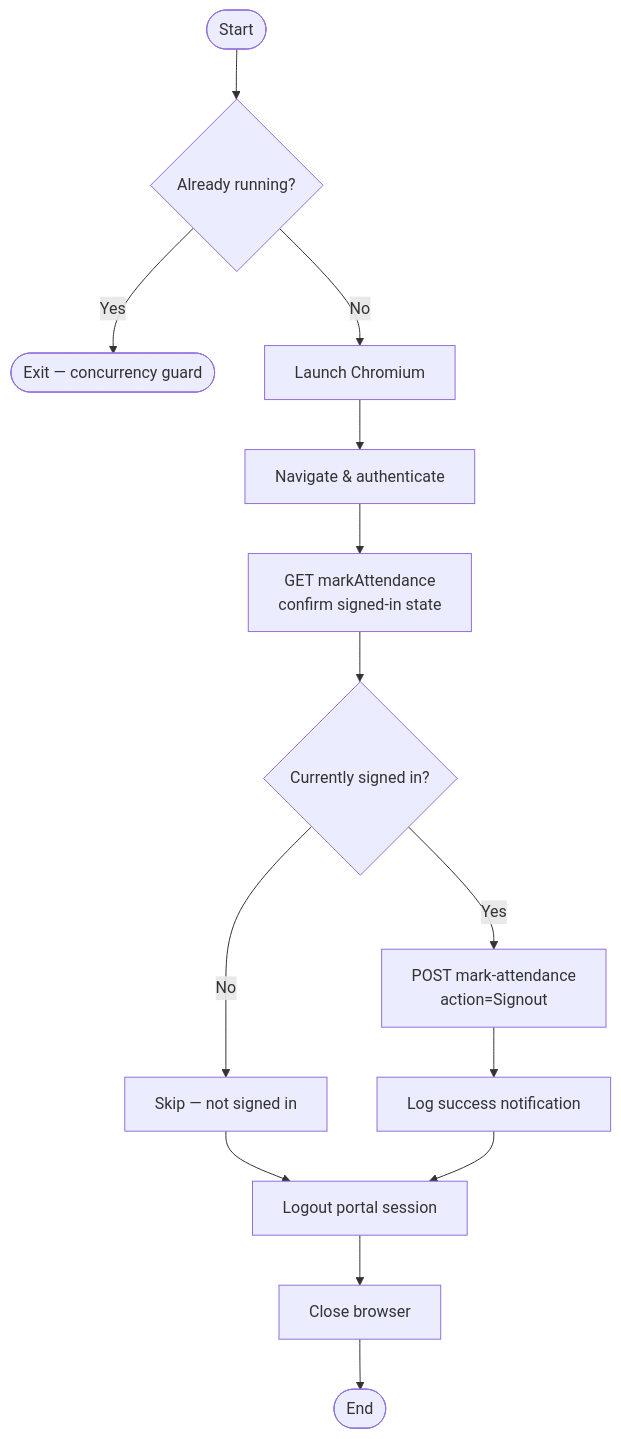
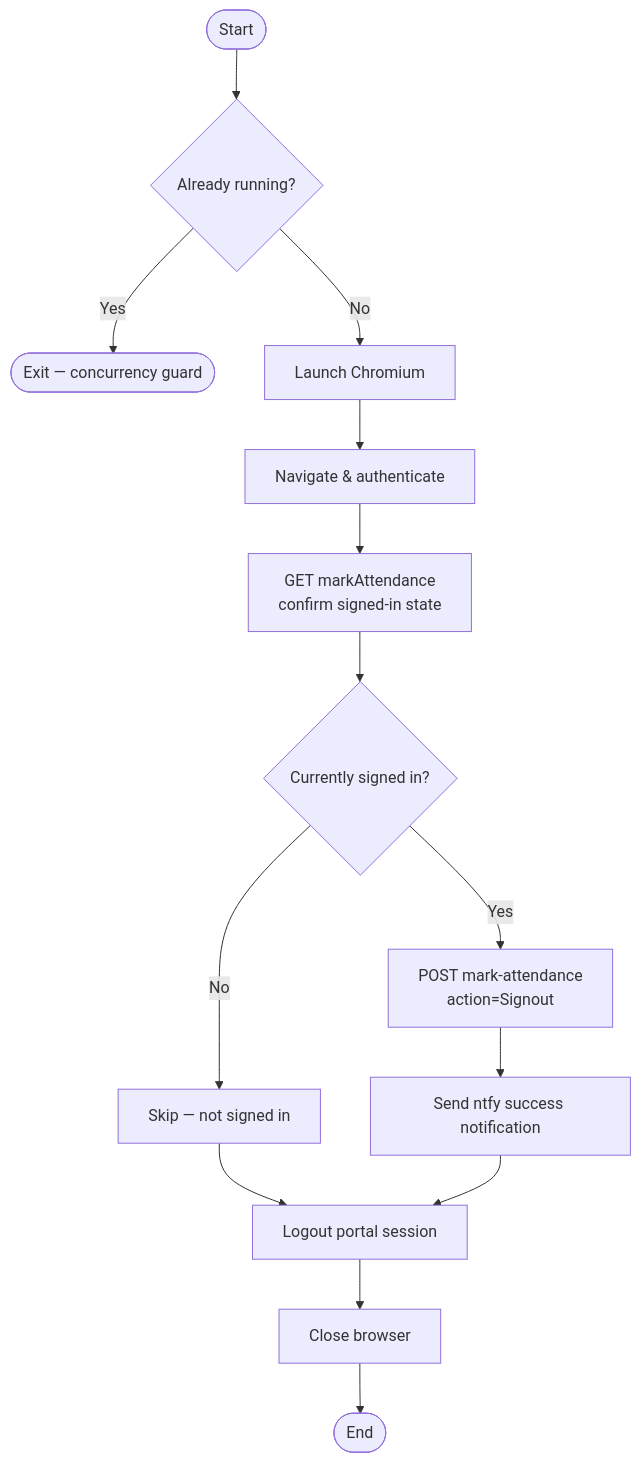
One commit to akhilsuresh212/auto-login changed the second of 2 diagrams in README.md. Above: the diagram before and after it, drawn with Mermaid. The commit also changed other lines of this file and 4 other files, not shown here.

Commit message:
chore(notification): send notification on application startup, updated documentation with latest changes'

````diff
--- a/README.md
+++ b/README.md
@@ -204,15 +229,15 @@
 ```mermaid
 flowchart TD
     A([Start]) --> B{Already running?}
     B -- Yes --> Z([Exit — concurrency guard])
     B -- No --> C[Launch Chromium]
     C --> D[Navigate & authenticate]
     D --> E[GET markAttendance\nconfirm signed-in state]
     E --> F{Currently signed in?}
     F -- Yes --> G[POST mark-attendance\naction=Signout]
     F -- No --> H[Skip — not signed in]
-    G --> I[Log success notification]
+    G --> I[Send ntfy success notification]
     H & I --> J[Logout portal session]
     J --> K[Close browser]
     K --> L([End])
 ```
````
